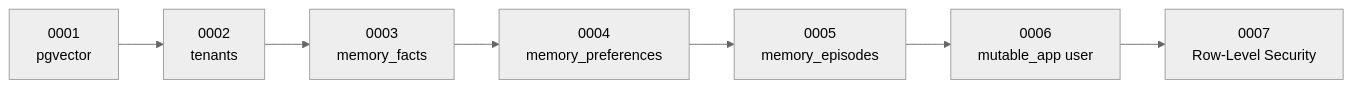
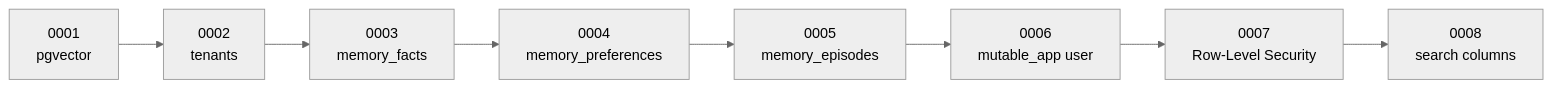
Before and after one commit to ZiadHendawy/mutable: diagram 17 of 23 in docs/design.md, drawn with Mermaid (neutral theme). The commit also changed other lines of this file and 10 other files, not shown here.

````diff
--- a/docs/design.md
+++ b/docs/design.md
@@ -876,4 +903,4 @@
 ```mermaid
 flowchart LR
-    m1["0001<br/>pgvector"] --> m2["0002<br/>tenants"] --> m3["0003<br/>memory_facts"] --> m4["0004<br/>memory_preferences"] --> m5["0005<br/>memory_episodes"] --> m6["0006<br/>mutable_app user"] --> m7["0007<br/>Row-Level Security"]
+    m1["0001<br/>pgvector"] --> m2["0002<br/>tenants"] --> m3["0003<br/>memory_facts"] --> m4["0004<br/>memory_preferences"] --> m5["0005<br/>memory_episodes"] --> m6["0006<br/>mutable_app user"] --> m7["0007<br/>Row-Level Security"] --> m8["0008<br/>search columns"]
 ```
````
